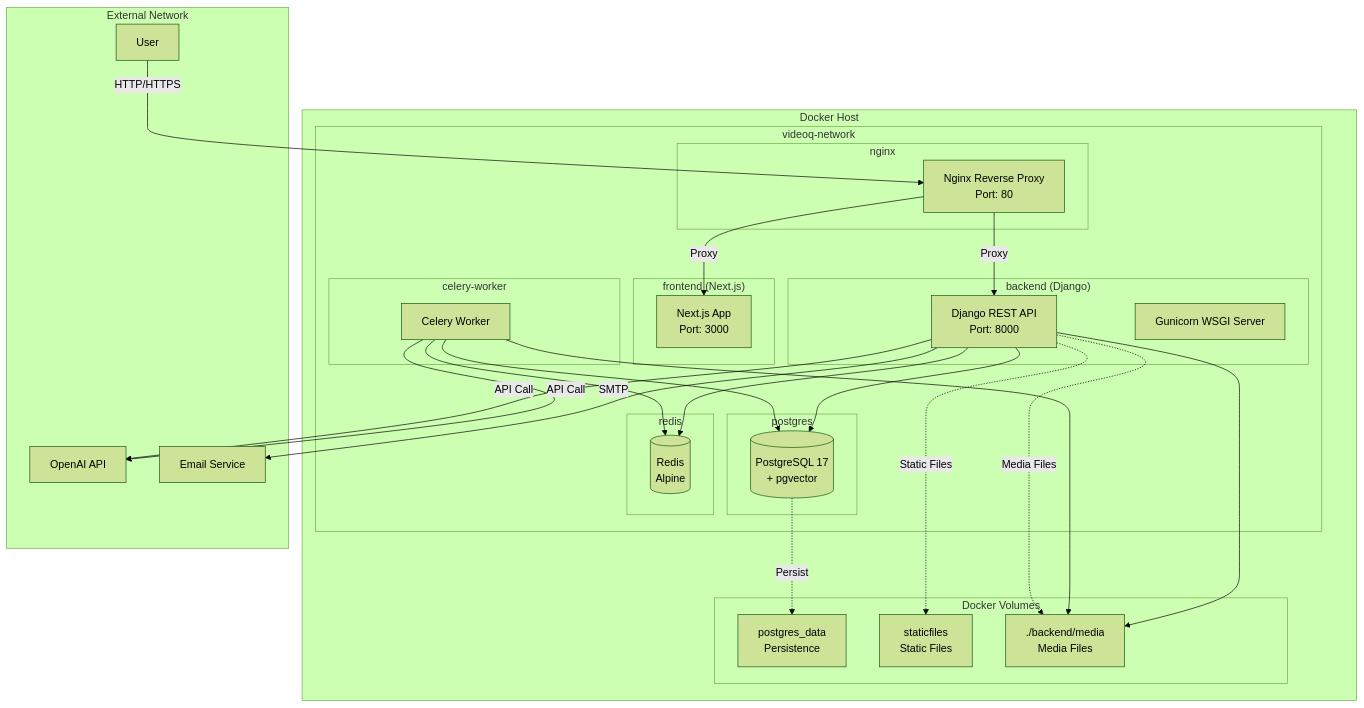
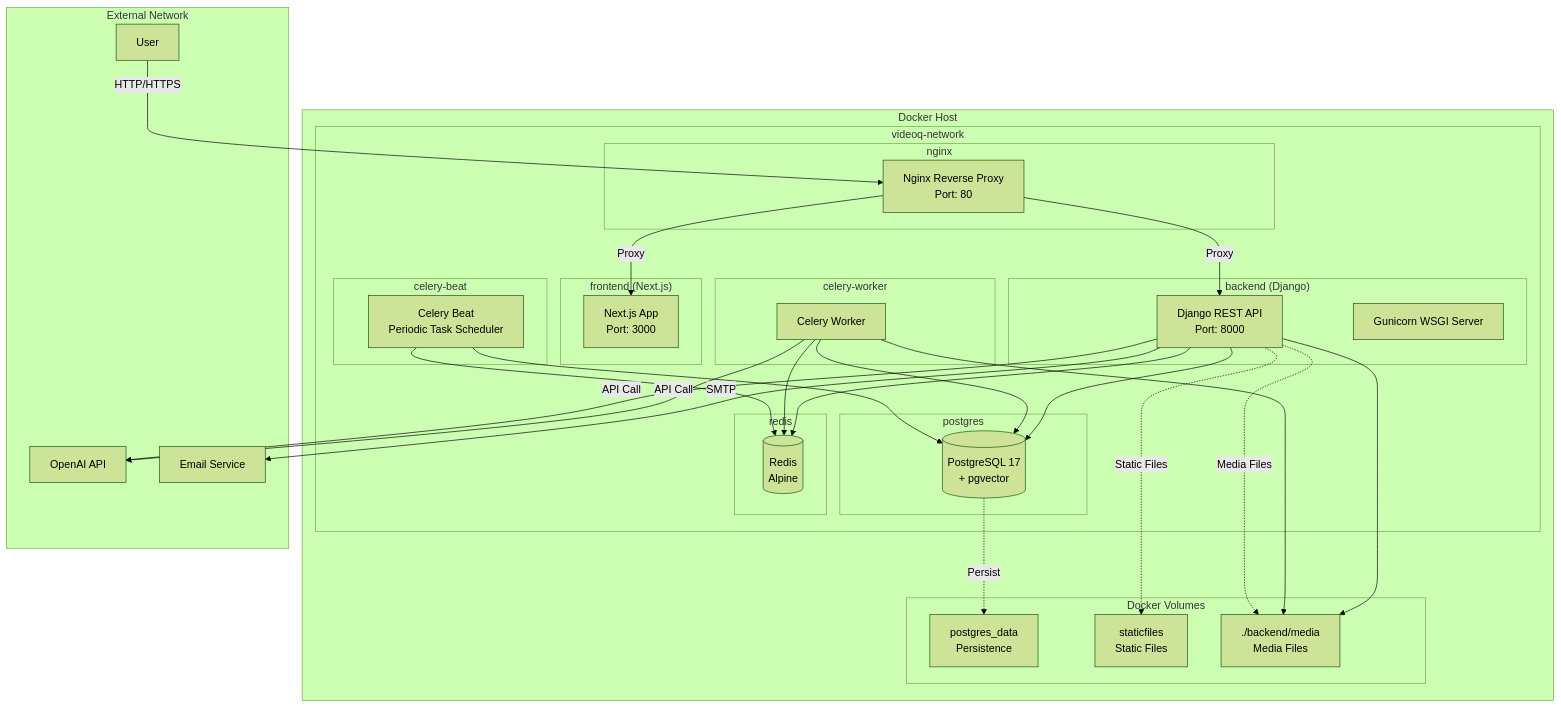
One commit to yukiharada1228/videoq changed the first of 7 diagrams in docs/design/deployment-diagram.md. Above: the diagram before and after it, drawn with Mermaid (forest theme). The commit also changed other lines of this file, not shown here.

First line of the commit message:
docs: deployment-diagramにcelery-beatサービスを追加

````diff
--- a/docs/design/deployment-diagram.md
+++ b/docs/design/deployment-diagram.md
@@ -9,60 +9,66 @@
 ```mermaid
 graph TB
     subgraph DockerHost["Docker Host"]
         subgraph Network["videoq-network"]
             subgraph FrontendContainer["frontend (Next.js)"]
                 NextJS[Next.js App<br/>Port: 3000]
             end
             
             subgraph BackendContainer["backend (Django)"]
                 Django[Django REST API<br/>Port: 8000]
                 Gunicorn[Gunicorn WSGI Server]
             end
             
             subgraph CeleryContainer["celery-worker"]
                 CeleryWorker[Celery Worker]
+            end
+            
+            subgraph CeleryBeatContainer["celery-beat"]
+                CeleryBeat[Celery Beat<br/>Periodic Task Scheduler]
             end
             
             subgraph NginxContainer["nginx"]
                 Nginx[Nginx Reverse Proxy<br/>Port: 80]
             end
             
             subgraph PostgresContainer["postgres"]
                 PostgreSQL[(PostgreSQL 17<br/>+ pgvector)]
             end
             
             subgraph RedisContainer["redis"]
                 Redis[(Redis<br/>Alpine)]
             end
         end
         
         subgraph Volumes["Docker Volumes"]
             PostgresData[postgres_data<br/>Persistence]
             StaticFiles[staticfiles<br/>Static Files]
             MediaFiles[./backend/media<br/>Media Files]
         end
     end
     
     subgraph External["External Network"]
         User[User]
         OpenAI[OpenAI API]
         EmailService[Email Service]
     end
     
     User -->|HTTP/HTTPS| Nginx
     Nginx -->|Proxy| NextJS
     Nginx -->|Proxy| Django
     Django --> PostgreSQL
     Django --> Redis
     Django --> MediaFiles
     CeleryWorker --> Redis
     CeleryWorker --> PostgreSQL
     CeleryWorker --> MediaFiles
     CeleryWorker -->|API Call| OpenAI
+    CeleryBeat --> Redis
+    CeleryBeat --> PostgreSQL
     Django -->|API Call| OpenAI
     Django -->|SMTP| EmailService
     
     PostgreSQL -.->|Persist| PostgresData
     Django -.->|Static Files| StaticFiles
     Django -.->|Media Files| MediaFiles
 ```
````
